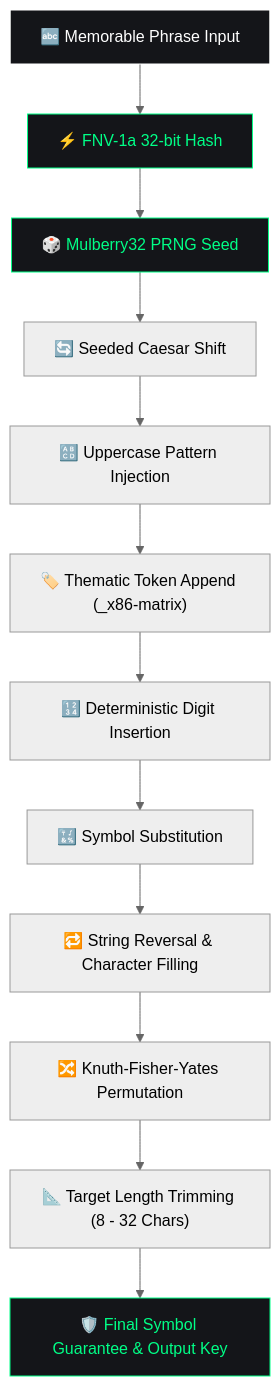
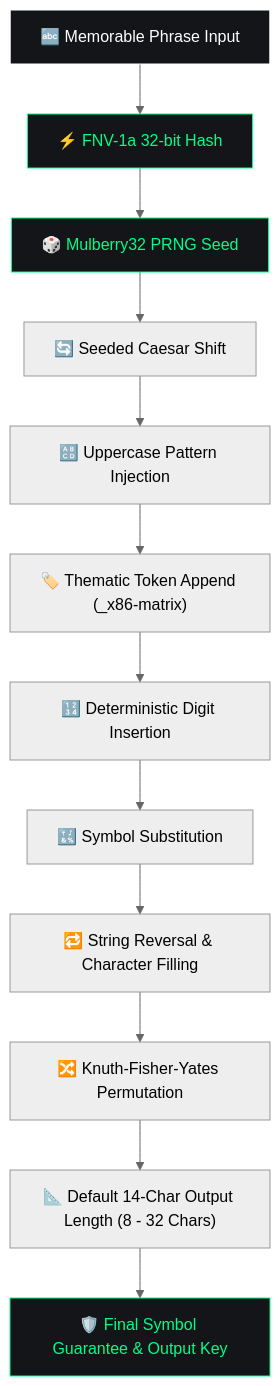
One commit to Rishikesh-001/Pass-Evolver changed the diagram in README.md. Above: the diagram before and after it, drawn with Mermaid (neutral theme). The commit also changed other lines of this file, not shown here.

````diff
--- a/README.md
+++ b/README.md
@@ -37,19 +37,19 @@
 ```mermaid
 flowchart TD
     A["🔤 Memorable Phrase Input"] --> B["⚡ FNV-1a 32-bit Hash"]
     B --> C["🎲 Mulberry32 PRNG Seed"]
     C --> D["🔄 Seeded Caesar Shift"]
     D --> E["🔠 Uppercase Pattern Injection"]
     E --> F["🏷️ Thematic Token Append (_x86-matrix)"]
     F --> G["🔢 Deterministic Digit Insertion"]
     G --> H["🔣 Symbol Substitution"]
     H --> I["🔁 String Reversal & Character Filling"]
     I --> J["🔀 Knuth-Fisher-Yates Permutation"]
-    J --> K["📐 Target Length Trimming (8 - 32 Chars)"]
+    J --> K["📐 Default 14-Char Output Length (8 - 32 Chars)"]
     K --> L["🛡️ Final Symbol Guarantee & Output Key"]
 
     style A fill:#141519,stroke:#FFFFFF,color:#FFFFFF
     style B fill:#141519,stroke:#00FF87,color:#00FF87
     style C fill:#141519,stroke:#00FF87,color:#00FF87
     style L fill:#141519,stroke:#00FF87,color:#00FF87
 ```
````
